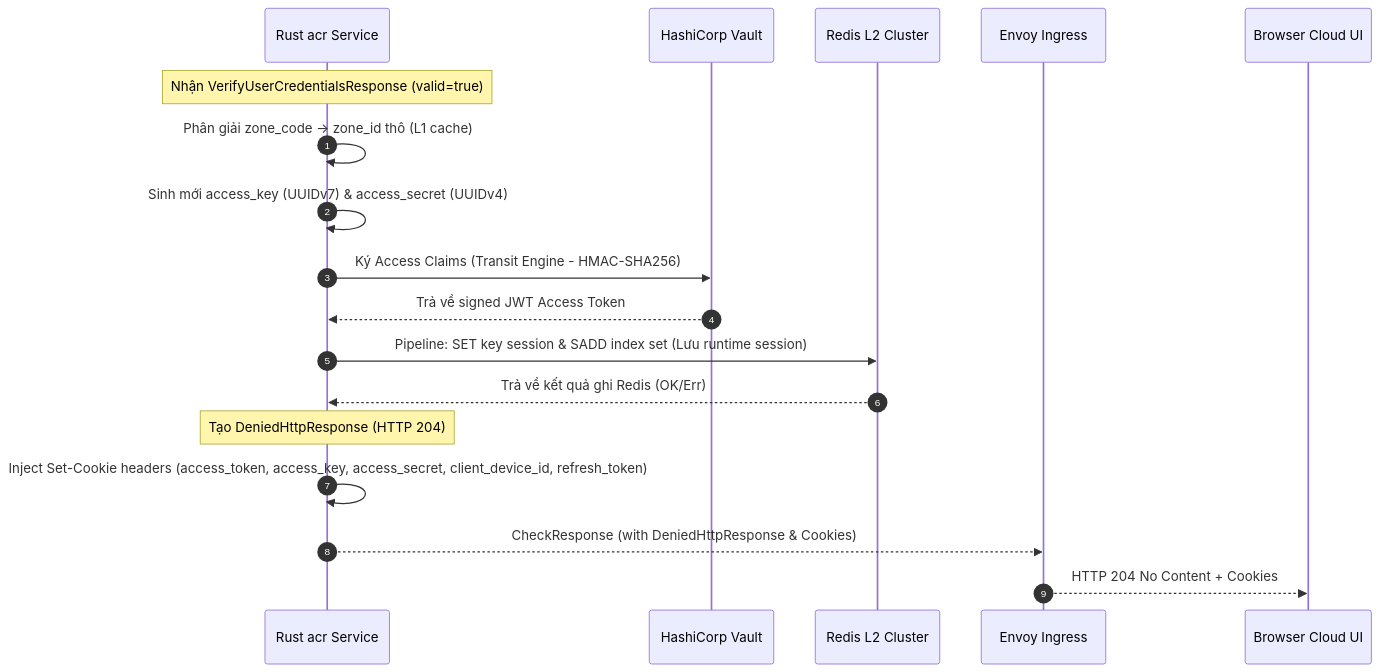
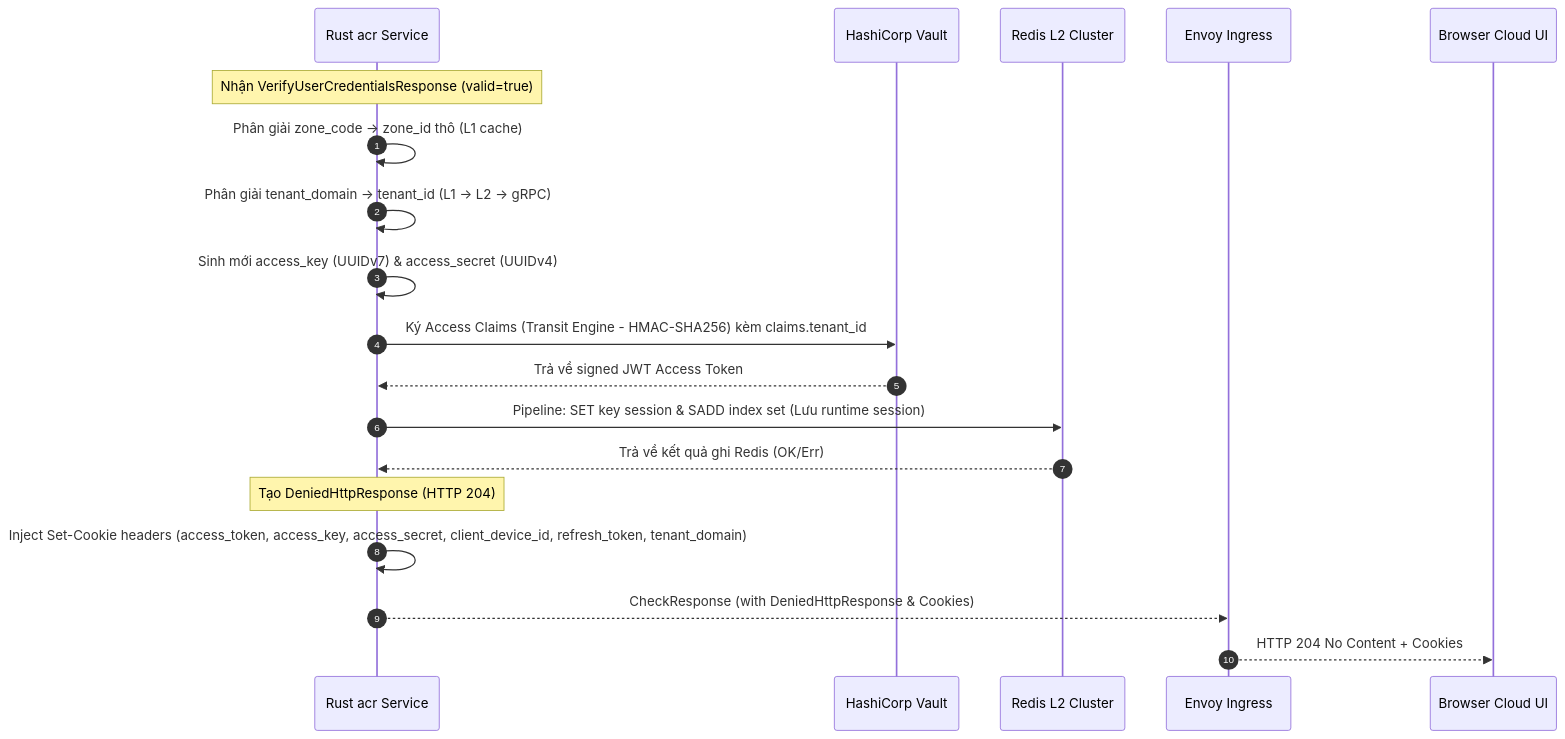
Before and after one commit to phucle996/aurora: the fourth of 6 diagrams in god_view/iam/user_login_god_view_workflow.md, drawn with Mermaid. The commit also changed other lines of this file and 58 other files, not shown here.

Commit message:
feat: implement tenant management system with Redis L2 caching and role constraints across control plane and acr services

````diff
--- a/god_view/iam/user_login_god_view_workflow.md
+++ b/god_view/iam/user_login_god_view_workflow.md
@@ -166,23 +170,24 @@
 ```mermaid
 sequenceDiagram
     autonumber
     participant acr as Rust acr Service
     participant Vault as HashiCorp Vault
     participant RDS as Redis L2 Cluster
     participant Envoy as Envoy Ingress
     participant UI as Browser Cloud UI
 
     Note over acr: Nhận VerifyUserCredentialsResponse (valid=true)
     acr->>acr: Phân giải zone_code -> zone_id thô (L1 cache)
+    acr->>acr: Phân giải tenant_domain -> tenant_id (L1 -> L2 -> gRPC)
     acr->>acr: Sinh mới access_key (UUIDv7) & access_secret (UUIDv4)
-    acr->>Vault: Ký Access Claims (Transit Engine - HMAC-SHA256)
+    acr->>Vault: Ký Access Claims (Transit Engine - HMAC-SHA256) kèm claims.tenant_id
     Vault-->>acr: Trả về signed JWT Access Token
     
     acr->>RDS: Pipeline: SET key session & SADD index set (Lưu runtime session)
     RDS-->>acr: Trả về kết quả ghi Redis (OK/Err)
     
     Note over acr: Tạo DeniedHttpResponse (HTTP 204)
-    acr->>acr: Inject Set-Cookie headers (access_token, access_key, access_secret, client_device_id, refresh_token)
+    acr->>acr: Inject Set-Cookie headers (access_token, access_key, access_secret, client_device_id, refresh_token, tenant_domain)
     acr-->>Envoy: CheckResponse (with DeniedHttpResponse & Cookies)
     Envoy-->>UI: HTTP 204 No Content + Cookies
 ```
````
